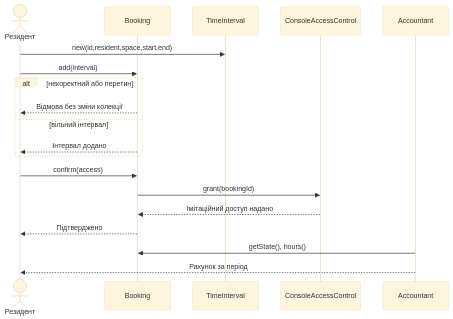
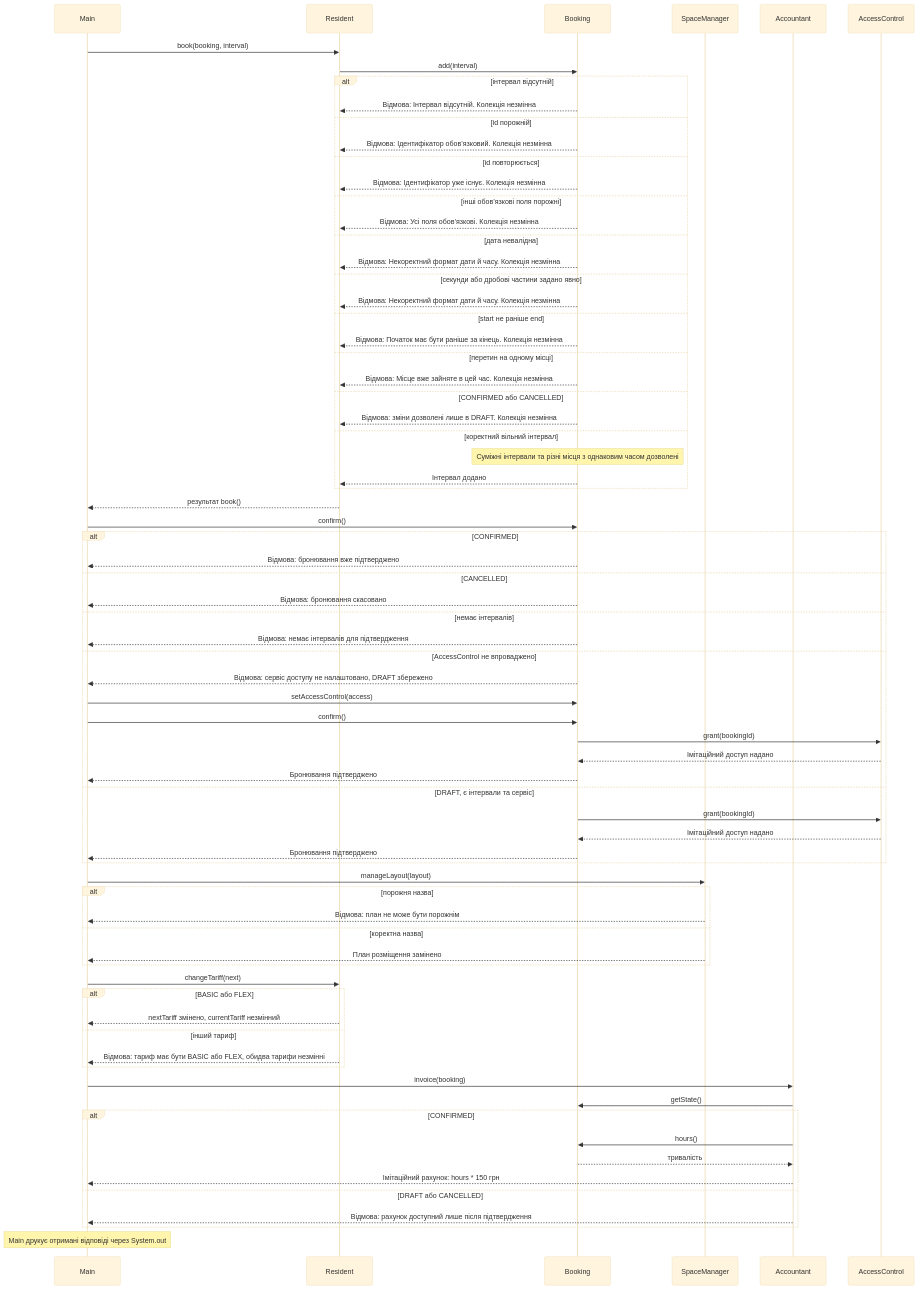
Before and after one commit to auulina21/coworking-19: the diagram in docs/sequence.mmd, drawn with Mermaid (base theme). The commit also changed 28 other files, not shown here.

```diff
--- a/docs/sequence.mmd
+++ b/docs/sequence.mmd
@@ -1,19 +1,73 @@
 sequenceDiagram
-actor R as Резидент
+participant Main as Main
+participant R as Resident
 participant B as Booking
-participant T as TimeInterval
-participant A as ConsoleAccessControl
+participant M as SpaceManager
 participant C as Accountant
-R->>T: new(id,resident,space,start,end)
+participant A as AccessControl
+Main->>R: book(booking, interval)
 R->>B: add(interval)
-alt некоректний або перетин
- B-->>R: Відмова без зміни колекції
-else вільний інтервал
+alt інтервал відсутній
+ B-->>R: Відмова: Інтервал відсутній. Колекція незмінна
+else id порожній
+ B-->>R: Відмова: Ідентифікатор обов’язковий. Колекція незмінна
+else id повторюється
+ B-->>R: Відмова: Ідентифікатор уже існує. Колекція незмінна
+else інші обов’язкові поля порожні
+ B-->>R: Відмова: Усі поля обов’язкові. Колекція незмінна
+else дата невалідна
+ B-->>R: Відмова: Некоректний формат дати й часу. Колекція незмінна
+else секунди або дробові частини задано явно
+ B-->>R: Відмова: Некоректний формат дати й часу. Колекція незмінна
+else start не раніше end
+ B-->>R: Відмова: Початок має бути раніше за кінець. Колекція незмінна
+else перетин на одному місці
+ B-->>R: Відмова: Місце вже зайняте в цей час. Колекція незмінна
+else CONFIRMED або CANCELLED
+ B-->>R: Відмова: зміни дозволені лише в DRAFT. Колекція незмінна
+else коректний вільний інтервал
+ Note over B: Суміжні інтервали та різні місця з однаковим часом дозволені
  B-->>R: Інтервал додано
 end
-R->>B: confirm(access)
-B->>A: grant(bookingId)
-A-->>B: Імітаційний доступ надано
-B-->>R: Підтверджено
-C->>B: getState(), hours()
-C-->>R: Рахунок за період
+R-->>Main: результат book()
+Main->>B: confirm()
+alt CONFIRMED
+ B-->>Main: Відмова: бронювання вже підтверджено
+else CANCELLED
+ B-->>Main: Відмова: бронювання скасовано
+else немає інтервалів
+ B-->>Main: Відмова: немає інтервалів для підтвердження
+else AccessControl не впроваджено
+ B-->>Main: Відмова: сервіс доступу не налаштовано, DRAFT збережено
+ Main->>B: setAccessControl(access)
+ Main->>B: confirm()
+ B->>A: grant(bookingId)
+ A-->>B: Імітаційний доступ надано
+ B-->>Main: Бронювання підтверджено
+else DRAFT, є інтервали та сервіс
+ B->>A: grant(bookingId)
+ A-->>B: Імітаційний доступ надано
+ B-->>Main: Бронювання підтверджено
+end
+Main->>M: manageLayout(layout)
+alt порожня назва
+ M-->>Main: Відмова: план не може бути порожнім
+else коректна назва
+ M-->>Main: План розміщення замінено
+end
+Main->>R: changeTariff(next)
+alt BASIC або FLEX
+ R-->>Main: nextTariff змінено, currentTariff незмінний
+else інший тариф
+ R-->>Main: Відмова: тариф має бути BASIC або FLEX, обидва тарифи незмінні
+end
+Main->>C: invoice(booking)
+C->>B: getState()
+alt CONFIRMED
+ C->>B: hours()
+ B-->>C: тривалість
+ C-->>Main: Імітаційний рахунок: hours * 150 грн
+else DRAFT або CANCELLED
+ C-->>Main: Відмова: рахунок доступний лише після підтвердження
+end
+Note over Main: Main друкує отримані відповіді через System.out
```
